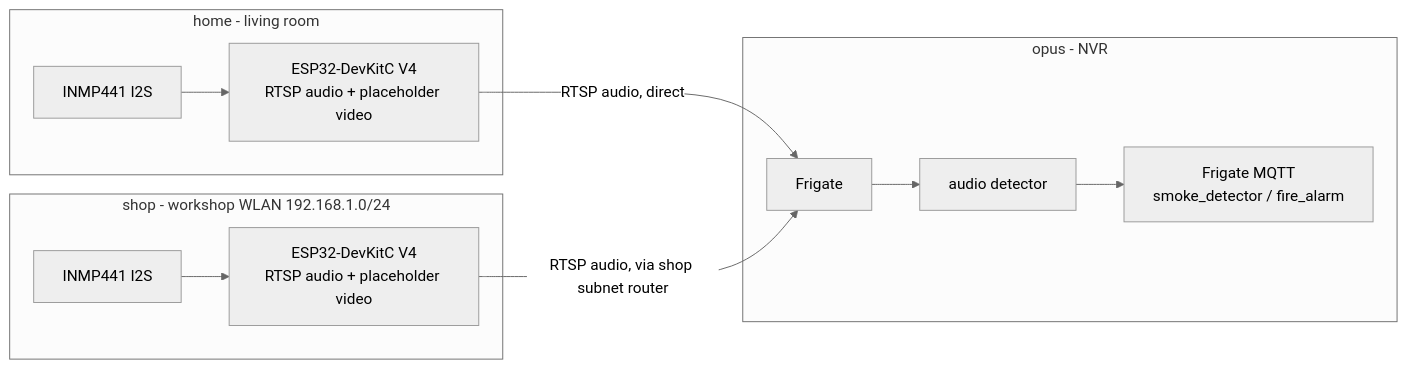
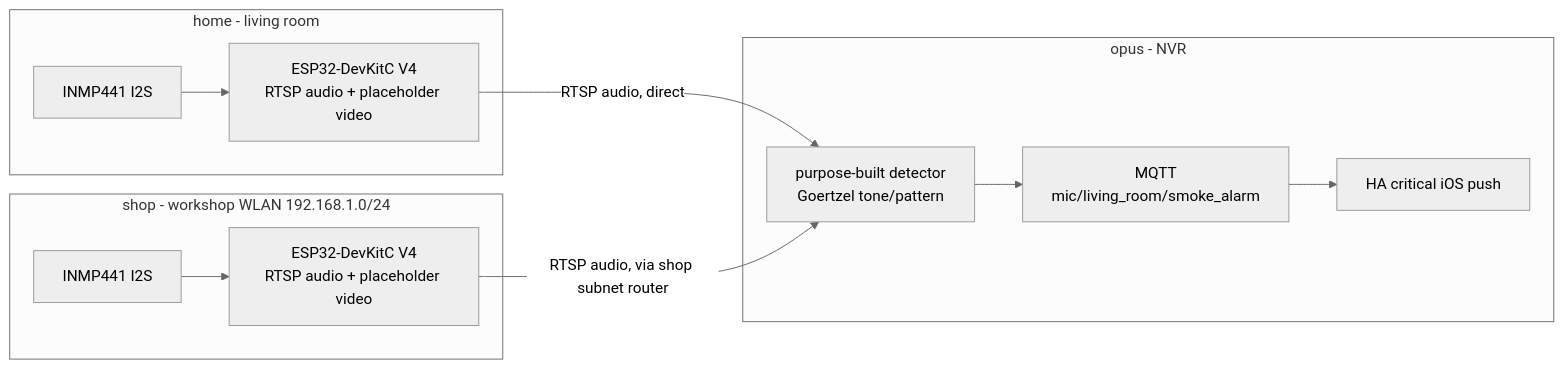
The diagram in docs/smoke-detection-plan.md (uhlig-it/infrastructure), drawn with Mermaid (neutral theme) before and after one commit. The commit also changed other lines of this file, not shown here.

First line of the commit message:
smoke-detection: record the measured alarm signature and the validated detector

````diff
--- a/docs/smoke-detection-plan.md
+++ b/docs/smoke-detection-plan.md
@@ -32,15 +32,15 @@
 ```mermaid
 flowchart LR
     subgraph home [home - living room]
         hmic[INMP441 I2S] --> hesp[ESP32-DevKitC V4<br/>RTSP audio + placeholder video]
     end
     subgraph shop [shop - workshop WLAN 192.168.1.0/24]
         smic[INMP441 I2S] --> sesp[ESP32-DevKitC V4<br/>RTSP audio + placeholder video]
     end
     subgraph opus [opus - NVR]
-        fg[Frigate] --> ad[audio detector]
-        ad --> mqtt[Frigate MQTT<br/>smoke_detector / fire_alarm]
+        det[purpose-built detector<br/>Goertzel tone/pattern] --> mqtt[MQTT<br/>mic/living_room/smoke_alarm]
+        mqtt --> ha[HA critical iOS push]
     end
-    hesp -->|RTSP audio, direct| fg
-    sesp -->|RTSP audio, via shop subnet router| fg
+    hesp -->|RTSP audio, direct| det
+    sesp -->|RTSP audio, via shop subnet router| det
 ```
````
